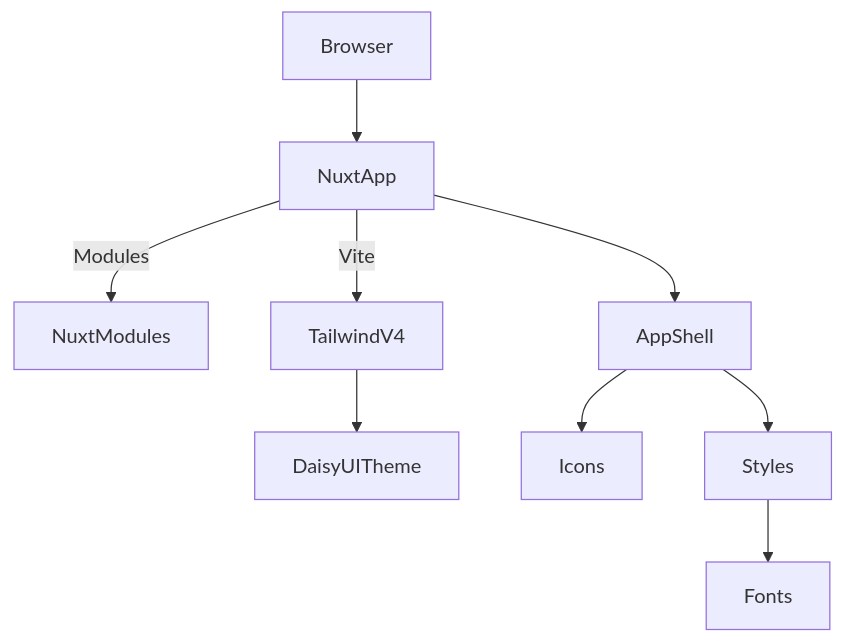
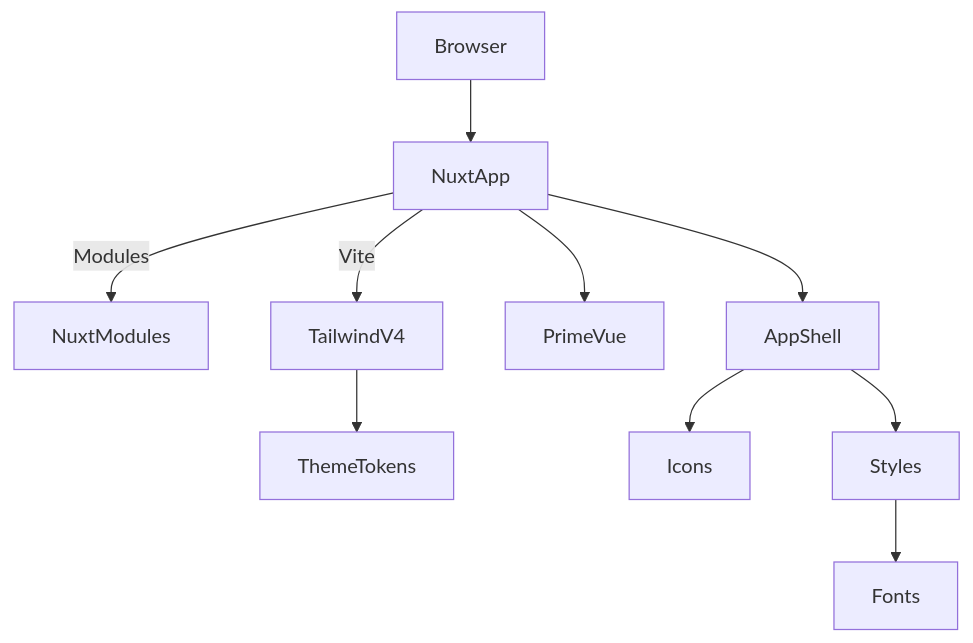
Before and after one commit to michaelnji/kira: the diagram in codebase-docs/00_PROJECT_OVERVIEW.md, drawn with Mermaid. The commit also changed other lines of this file and 16 other files, not shown here.

First line of the commit message:
feat: replace DaisyUI with PrimeVue and implement semantic theme tokens

````diff
--- a/codebase-docs/00_PROJECT_OVERVIEW.md
+++ b/codebase-docs/00_PROJECT_OVERVIEW.md
@@ -48,11 +55,12 @@
 ```mermaid
 flowchart TD
   Browser --> NuxtApp
   NuxtApp -->|Modules| NuxtModules
   NuxtApp -->|Vite| TailwindV4
-  TailwindV4 --> DaisyUITheme
+  TailwindV4 --> ThemeTokens
+  NuxtApp --> PrimeVue
   NuxtApp --> AppShell
   AppShell --> Icons
   AppShell --> Styles
   Styles --> Fonts
 ```
````
